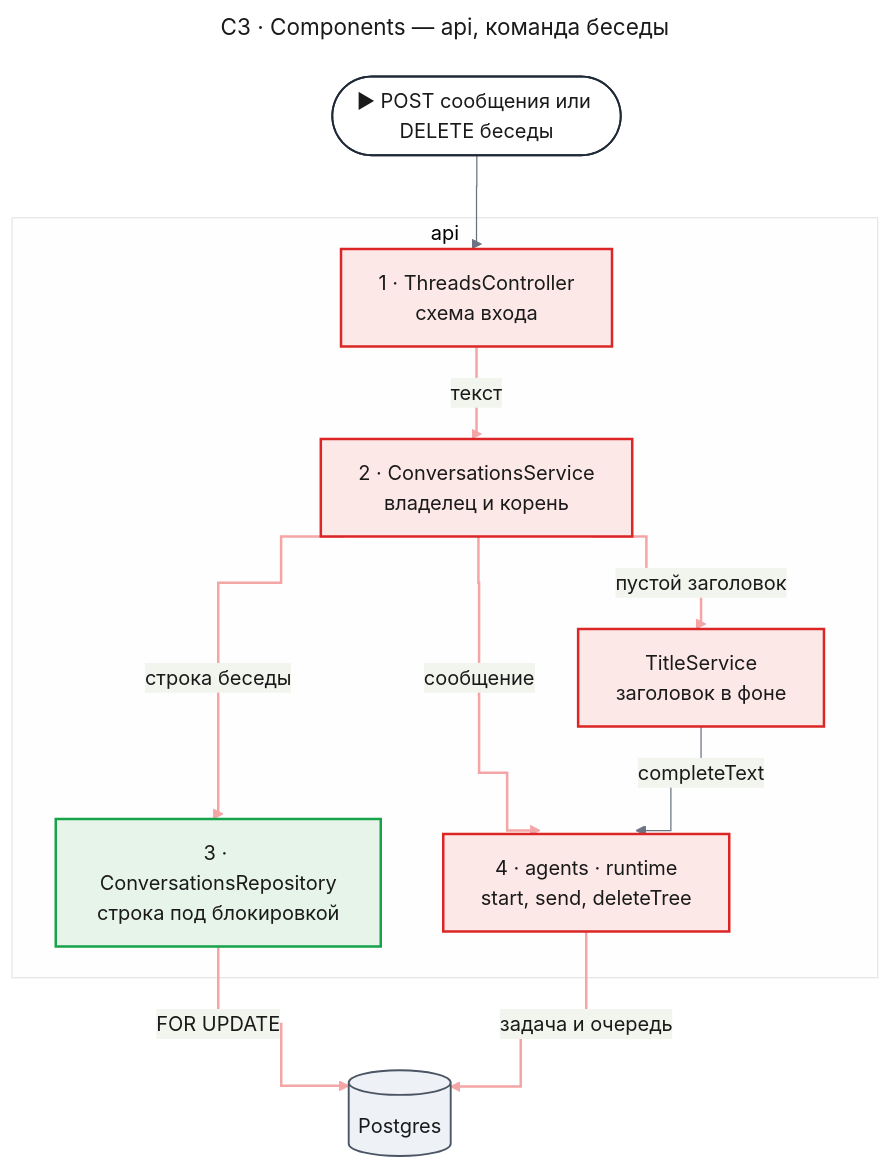
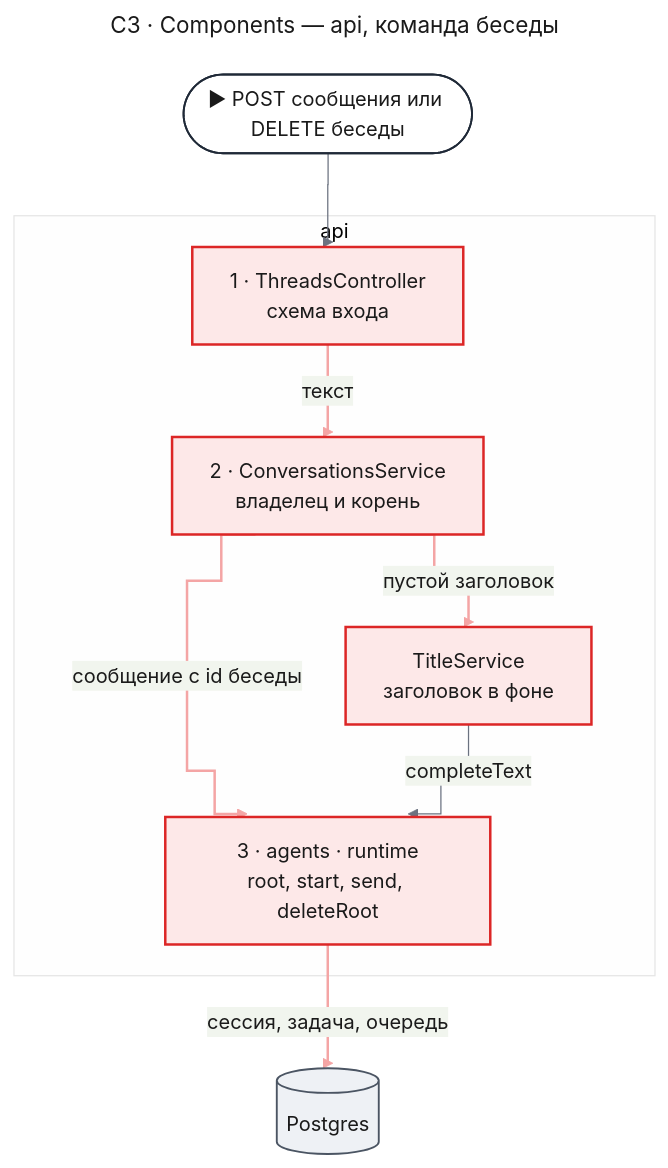
One commit to tundraray/agent-os changed the second of 10 diagrams in docs/features/agent-platform/design-chat.md. Above: the diagram before and after it, drawn with Mermaid. The commit also changed other lines of this file and 420 other files, not shown here.

````diff
--- a/docs/features/agent-platform/design-chat.md
+++ b/docs/features/agent-platform/design-chat.md
@@ -190,55 +206,46 @@
 ```mermaid
 ---
 title: "C3 · Components — api, команда беседы"
 config:
   theme: base
   look: classic
   themeVariables:
     primaryColor: "#eef1f5"
     primaryBorderColor: "#4b5563"
     primaryTextColor: "#1a1a1a"
     lineColor: "#6b7280"
   flowchart:
     curve: step
   themeCSS: |
-    @keyframes lit_ch3a{0%,15%{stroke:#991b1b;stroke-width:6px}16.67%,100%{stroke:#f4a5a5;stroke-width:2px}}
+    @keyframes lit_ch3a{0%,22.5%{stroke:#991b1b;stroke-width:6px}25%,100%{stroke:#f4a5a5;stroke-width:2px}}
 ---
 flowchart TB
     entry(["▶ POST сообщения или DELETE беседы"])
     subgraph api["api"]
         ctl["1 · ThreadsController<br/>схема входа"]
         svc["2 · ConversationsService<br/>владелец и корень"]
-        repo["3 · ConversationsRepository<br/>строка под блокировкой"]
-        pk["4 · agents · runtime<br/>start, send, deleteTree"]
+        pk["3 · agents · runtime<br/>root, start, send, deleteRoot"]
         title["TitleService<br/>заголовок в фоне"]
     end
     db[("Postgres")]
     entry --> ctl
     ctl e1@-->|"текст"| svc
-    svc e2@-->|"строка беседы"| repo
-    repo e3@-->|"FOR UPDATE"| db
-    svc e4@-->|"сообщение"| pk
-    pk e5@-->|"задача и очередь"| db
-    svc e6@-->|"пустой заголовок"| title
+    svc e2@-->|"сообщение с id беседы"| pk
+    pk e3@-->|"сессия, задача, очередь"| db
+    svc e4@-->|"пустой заголовок"| title
     title -->|"completeText"| pk
     classDef entry fill:#ffffff,stroke:#1f2937,stroke-width:1.5px,color:#1a1a1a
     classDef changed fill:#fde8e8,stroke:#dc2626,stroke-width:2px,color:#1a1a1a
-    classDef new fill:#e6f4ea,stroke:#16a34a,stroke-width:2px,color:#1a1a1a
     classDef unchanged fill:#eef1f5,stroke:#4b5563,stroke-width:1.5px,color:#1a1a1a
-    classDef w1 stroke:#f4a5a5,stroke-width:2px,animation:lit_ch3a 7.2s linear 0s infinite
-    classDef w2 stroke:#f4a5a5,stroke-width:2px,animation:lit_ch3a 7.2s linear 1.2s infinite
-    classDef w3 stroke:#f4a5a5,stroke-width:2px,animation:lit_ch3a 7.2s linear 2.4s infinite
-    classDef w4 stroke:#f4a5a5,stroke-width:2px,animation:lit_ch3a 7.2s linear 3.6s infinite
-    classDef w5 stroke:#f4a5a5,stroke-width:2px,animation:lit_ch3a 7.2s linear 4.8s infinite
-    classDef w6 stroke:#f4a5a5,stroke-width:2px,animation:lit_ch3a 7.2s linear 6s infinite
+    classDef w1 stroke:#f4a5a5,stroke-width:2px,animation:lit_ch3a 4.8s linear 0s infinite
+    classDef w2 stroke:#f4a5a5,stroke-width:2px,animation:lit_ch3a 4.8s linear 1.2s infinite
+    classDef w3 stroke:#f4a5a5,stroke-width:2px,animation:lit_ch3a 4.8s linear 2.4s infinite
+    classDef w4 stroke:#f4a5a5,stroke-width:2px,animation:lit_ch3a 4.8s linear 3.6s infinite
     class entry entry
     class ctl,svc,title,pk changed
-    class repo new
     class db unchanged
     class e1 w1
     class e2 w2
     class e3 w3
     class e4 w4
-    class e5 w5
-    class e6 w6
 ```
````
